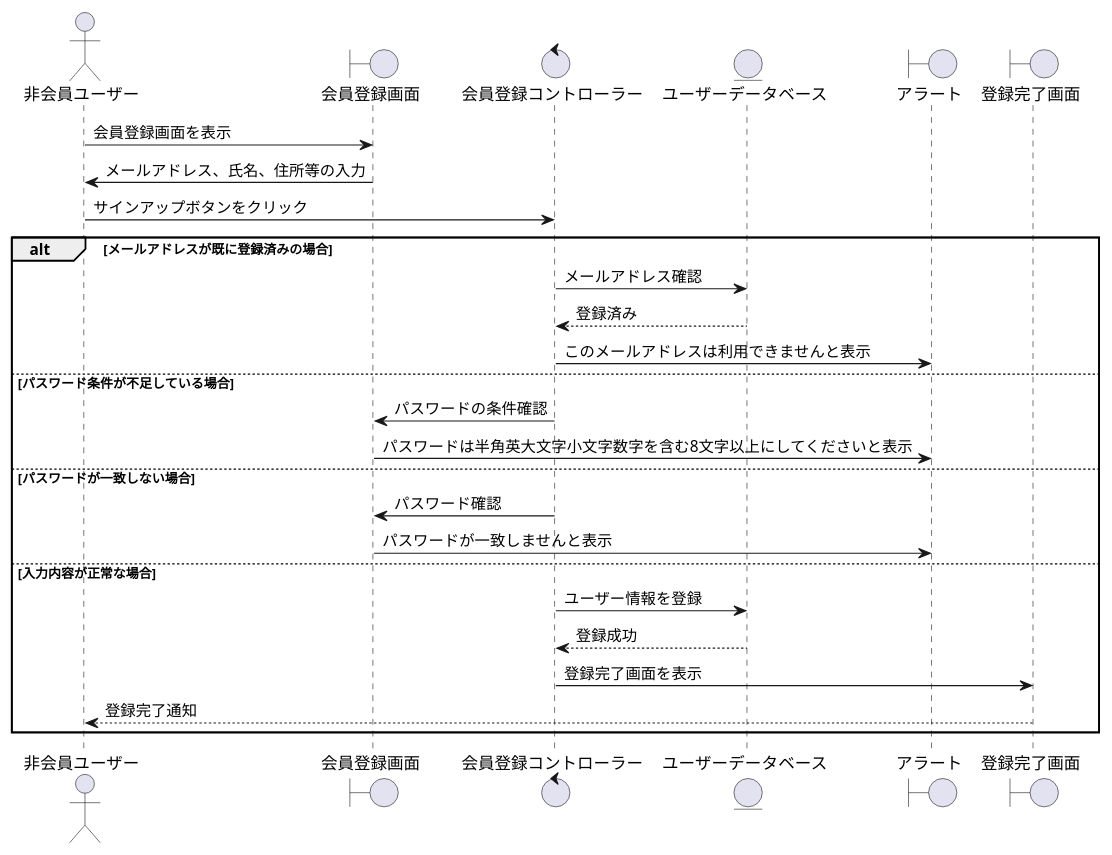
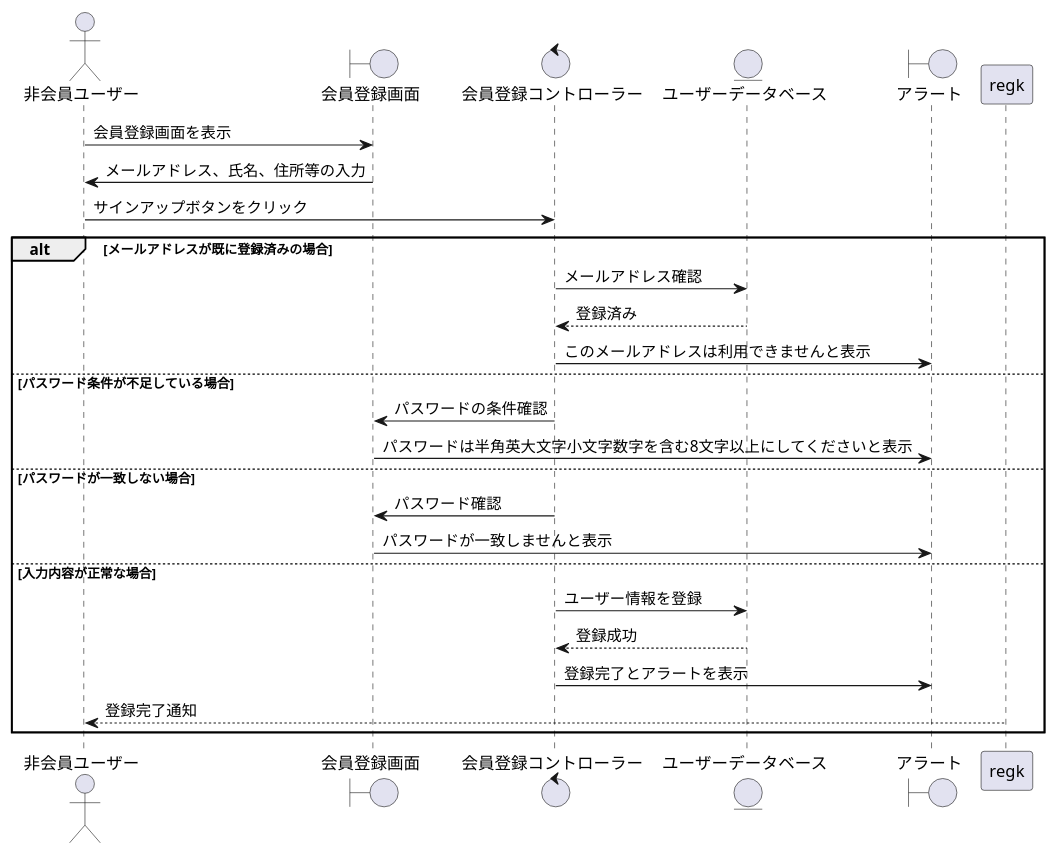
One commit to ysyk-wtnb16/team_D changed the diagram in BBショップ/会員登録.wsd. Above: the diagram before and after it, drawn with PlantUML.

Commit message:
修正

```diff
--- a/BBショップ/会員登録.wsd
+++ b/BBショップ/会員登録.wsd
@@ -1,30 +1,30 @@
 @startuml kaiin_touroku 
 actor "非会員ユーザー" as user
 boundary "会員登録画面" as reg
 control "会員登録コントローラー" as regc
 entity "ユーザーデータベース" as db
 boundary "アラート" as alert
-boundary "登録完了画面" as regk
+
 
 user -> reg: 会員登録画面を表示
 reg -> user: メールアドレス、氏名、住所等の入力
 user -> regc: サインアップボタンをクリック
 
 alt メールアドレスが既に登録済みの場合
     regc -> db: メールアドレス確認
     db --> regc: 登録済み
     regc -> alert: このメールアドレスは利用できませんと表示
 else パスワード条件が不足している場合
     regc -> reg: パスワードの条件確認
     reg -> alert: パスワードは半角英大文字小文字数字を含む8文字以上にしてくださいと表示
 else パスワードが一致しない場合
     regc -> reg: パスワード確認
     reg -> alert: パスワードが一致しませんと表示
 else 入力内容が正常な場合
     regc -> db: ユーザー情報を登録
     db --> regc: 登録成功
-    regc -> regk: 登録完了画面を表示
+    regc -> alert: 登録完了とアラートを表示
     regk --> user: 登録完了通知
 end
 
 @enduml
```
